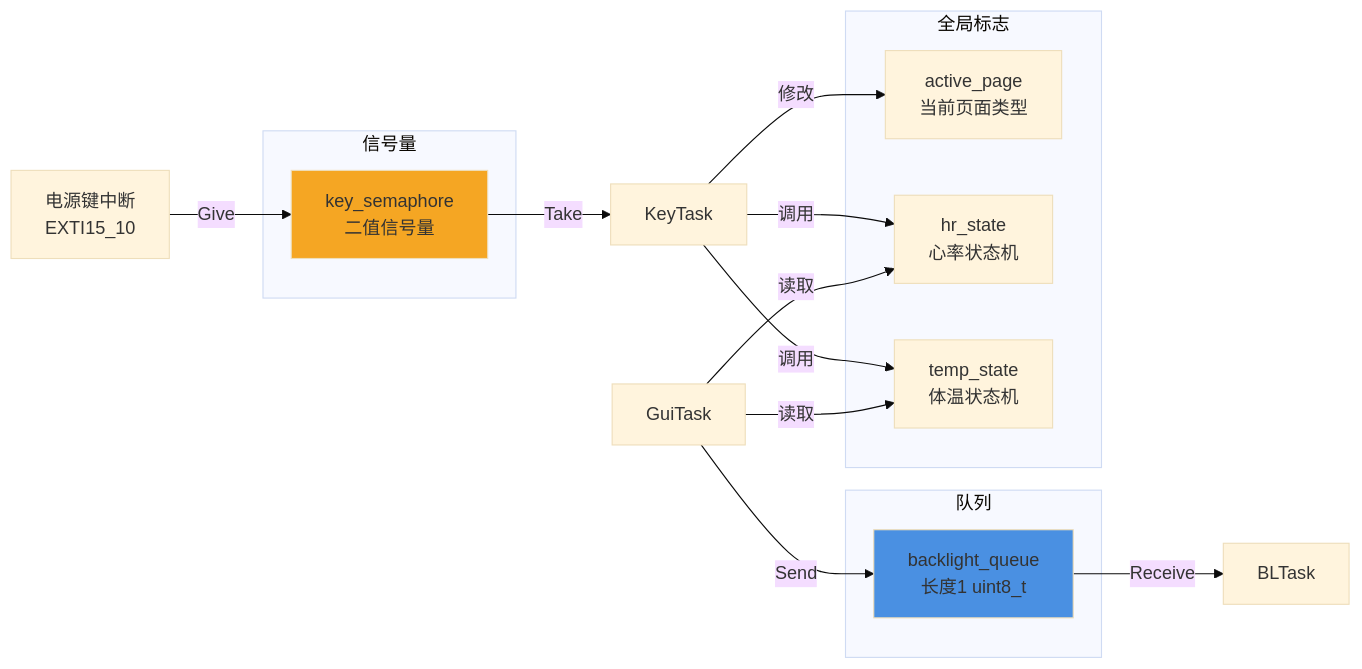
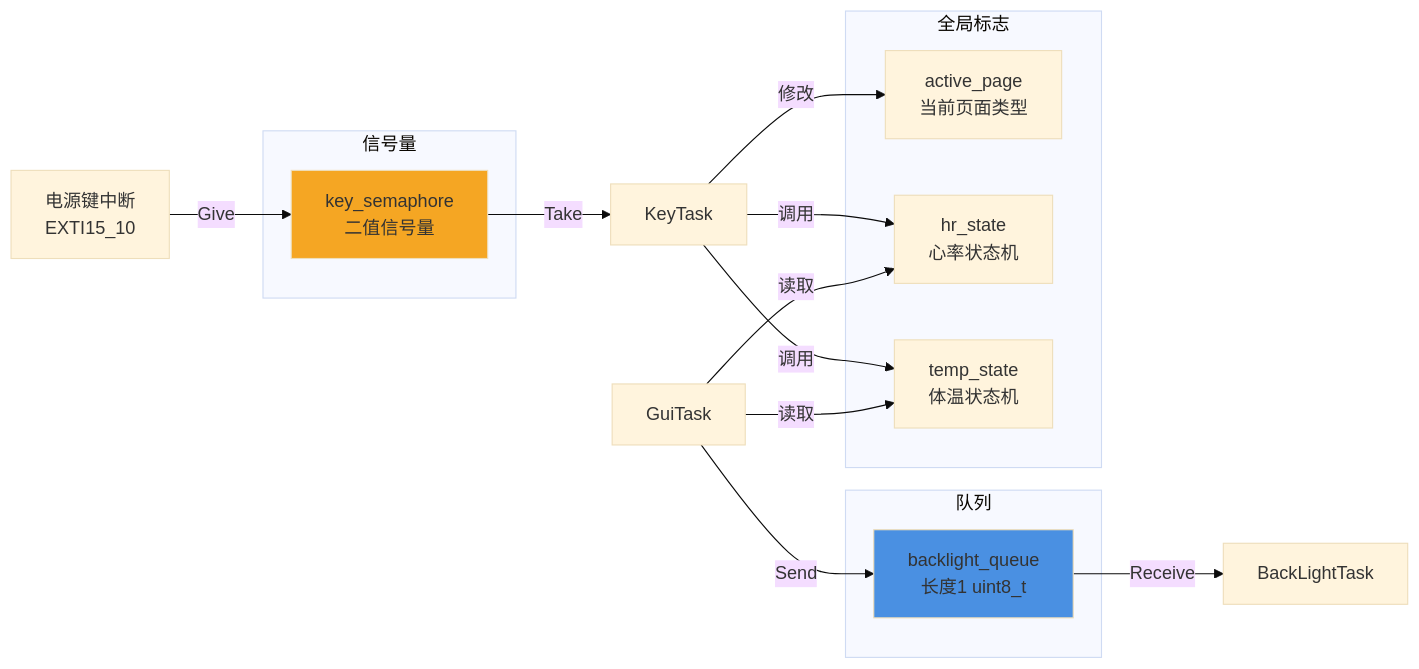
One commit to zhuxiaolong-push/MyHealthDetector changed the first of 5 diagrams in 开发文档.md. Above: the diagram before and after it, drawn with Mermaid (base theme). The commit also changed other lines of this file and 35 other files, not shown here.

````diff
--- a/开发文档.md
+++ b/开发文档.md
@@ -13,32 +5,32 @@
 ```mermaid
 flowchart LR
     subgraph 信号量
         KEY_SEM[key_semaphore<br/>二值信号量]
     end
     
     subgraph 队列
         BL_Q[backlight_queue<br/>长度1 uint8_t]
     end
     
     subgraph 全局标志
         ACTIVE_PAGE[active_page<br/>当前页面类型]
         HR_STATE[hr_state<br/>心率状态机]
         TEMP_STATE[temp_state<br/>体温状态机]
     end
     
     EXTI[电源键中断<br/>EXTI15_10] -->|Give| KEY_SEM
     KEY_SEM -->|Take| KeyTask
     
     GuiTask -->|Send| BL_Q
-    BL_Q -->|Receive| BLTask
+    BL_Q -->|Receive| BackLightTask
     
     KeyTask -->|修改| ACTIVE_PAGE
     KeyTask -->|调用| HR_STATE
     KeyTask -->|调用| TEMP_STATE
     
     GuiTask -->|读取| HR_STATE
     GuiTask -->|读取| TEMP_STATE
     
     style KEY_SEM fill:#f5a623
     style BL_Q fill:#4a90e2
 ```
````
